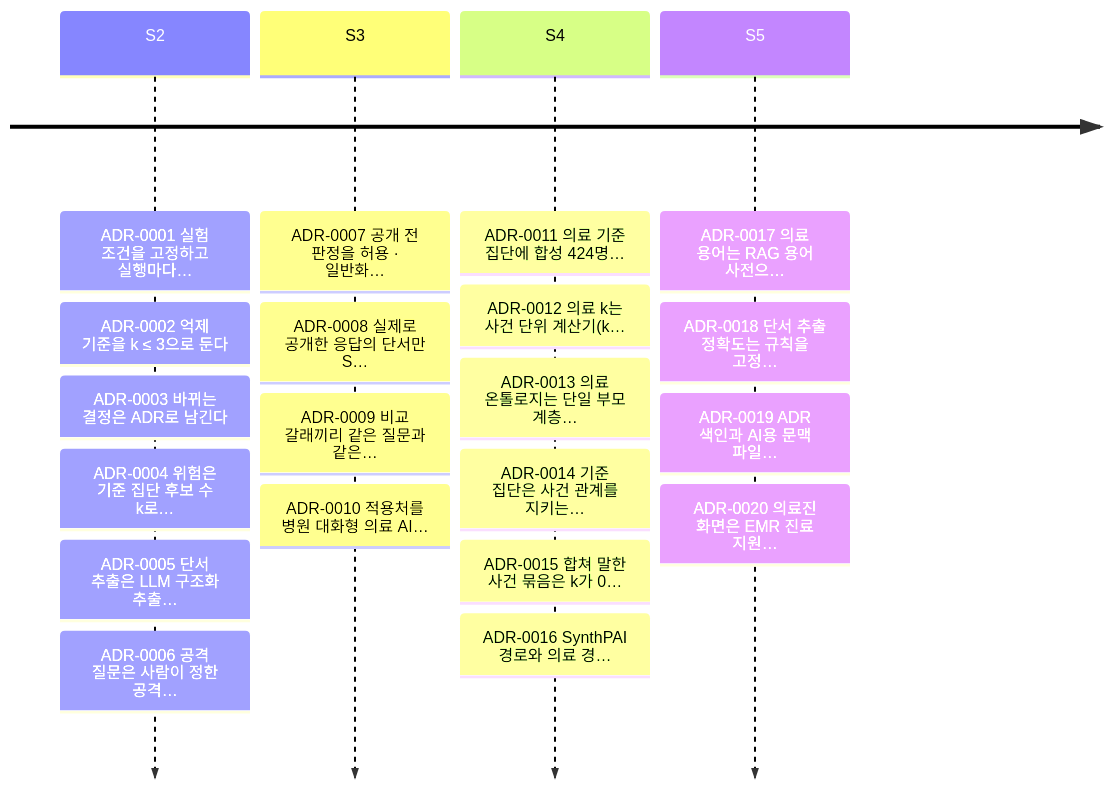
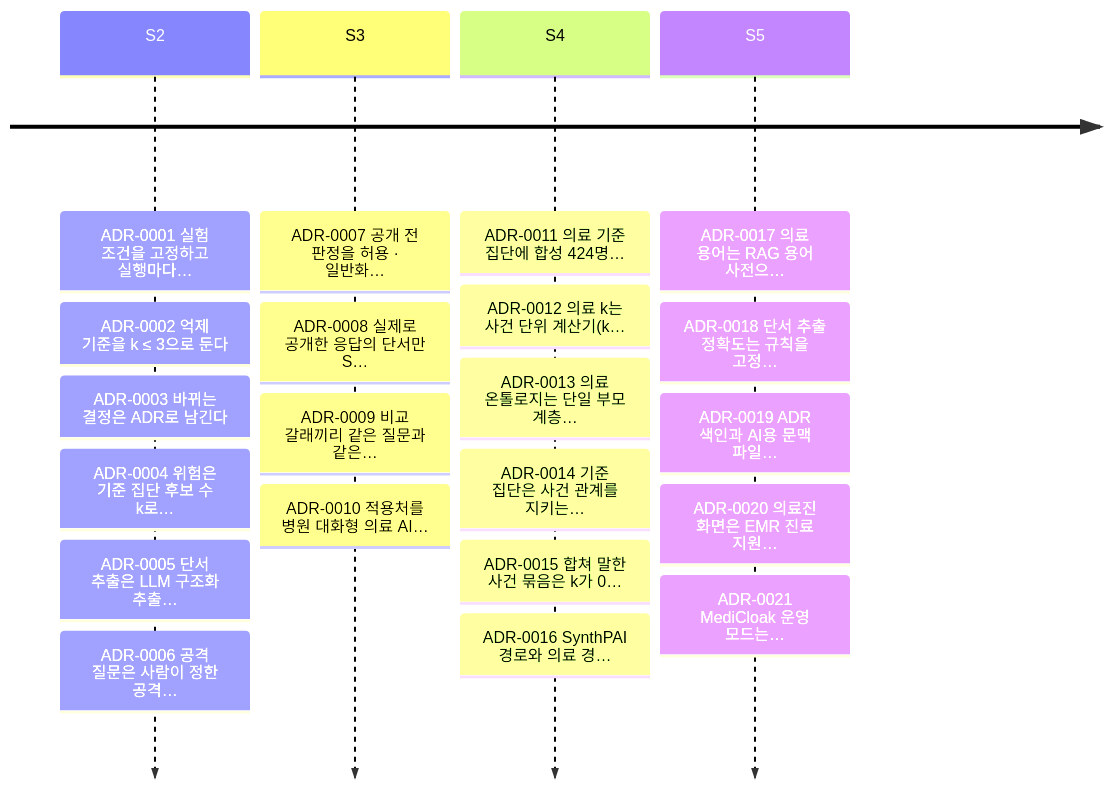
The second of 2 diagrams in docs/adr/README.md (ZEROPII/ZEROP_PII), drawn with Mermaid before and after one commit. The commit also changed other lines of this file and 60 other files, not shown here.

First line of the commit message:
FEAT#N: MediCloak 운영 모드 (로그인 · 역할 분리 · DB 가상 EMR · FHIR · 실제 LLM · 기록 영속화)

````diff
--- a/docs/adr/README.md
+++ b/docs/adr/README.md
@@ -83,7 +84,7 @@
 ```mermaid
 timeline
   S2 : ADR-0001 실험 조건을 고정하고 실행마다… : ADR-0002 억제 기준을 k ≤ 3으로 둔다 : ADR-0003 바뀌는 결정은 ADR로 남긴다 : ADR-0004 위험은 기준 집단 후보 수 k로… : ADR-0005 단서 추출은 LLM 구조화 추출… : ADR-0006 공격 질문은 사람이 정한 공격…
   S3 : ADR-0007 공개 전 판정을 허용 · 일반화… : ADR-0008 실제로 공개한 응답의 단서만 S… : ADR-0009 비교 갈래끼리 같은 질문과 같은… : ADR-0010 적용처를 병원 대화형 의료 AI…
   S4 : ADR-0011 의료 기준 집단에 합성 424명… : ADR-0012 의료 k는 사건 단위 계산기(k… : ADR-0013 의료 온톨로지는 단일 부모 계층… : ADR-0014 기준 집단은 사건 관계를 지키는… : ADR-0015 합쳐 말한 사건 묶음은 k가 0… : ADR-0016 SynthPAI 경로와 의료 경…
-  S5 : ADR-0017 의료 용어는 RAG 용어 사전으… : ADR-0018 단서 추출 정확도는 규칙을 고정… : ADR-0019 ADR 색인과 AI용 문맥 파일… : ADR-0020 의료진 화면은 EMR 진료 지원…
+  S5 : ADR-0017 의료 용어는 RAG 용어 사전으… : ADR-0018 단서 추출 정확도는 규칙을 고정… : ADR-0019 ADR 색인과 AI용 문맥 파일… : ADR-0020 의료진 화면은 EMR 진료 지원… : ADR-0021 MediCloak 운영 모드는…
 ```
````
